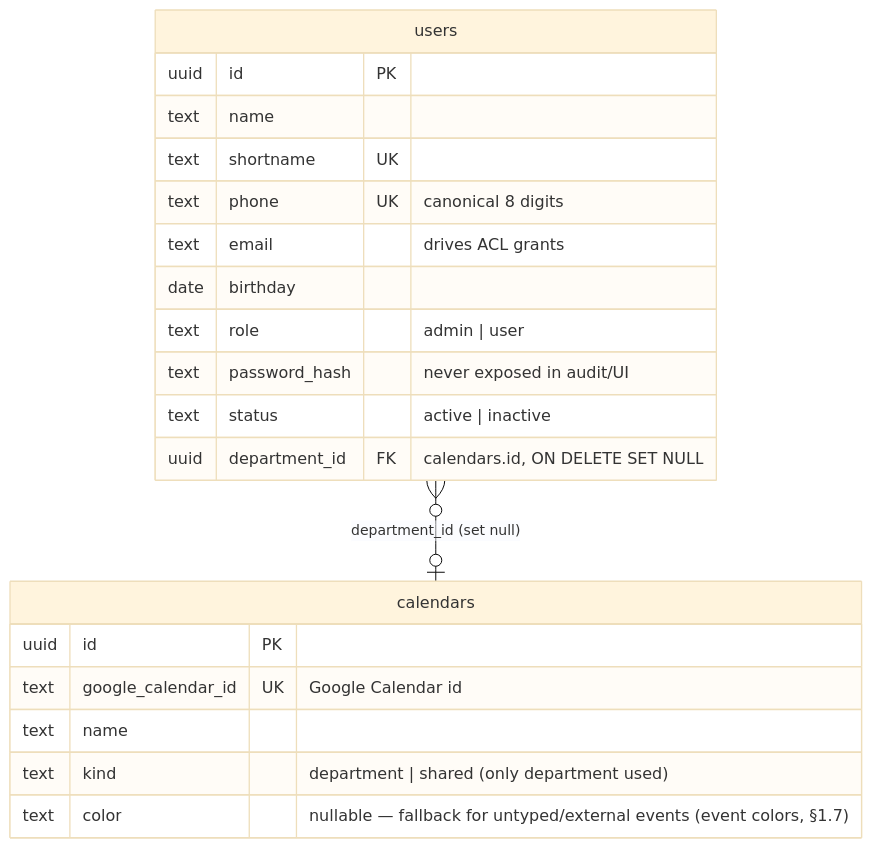
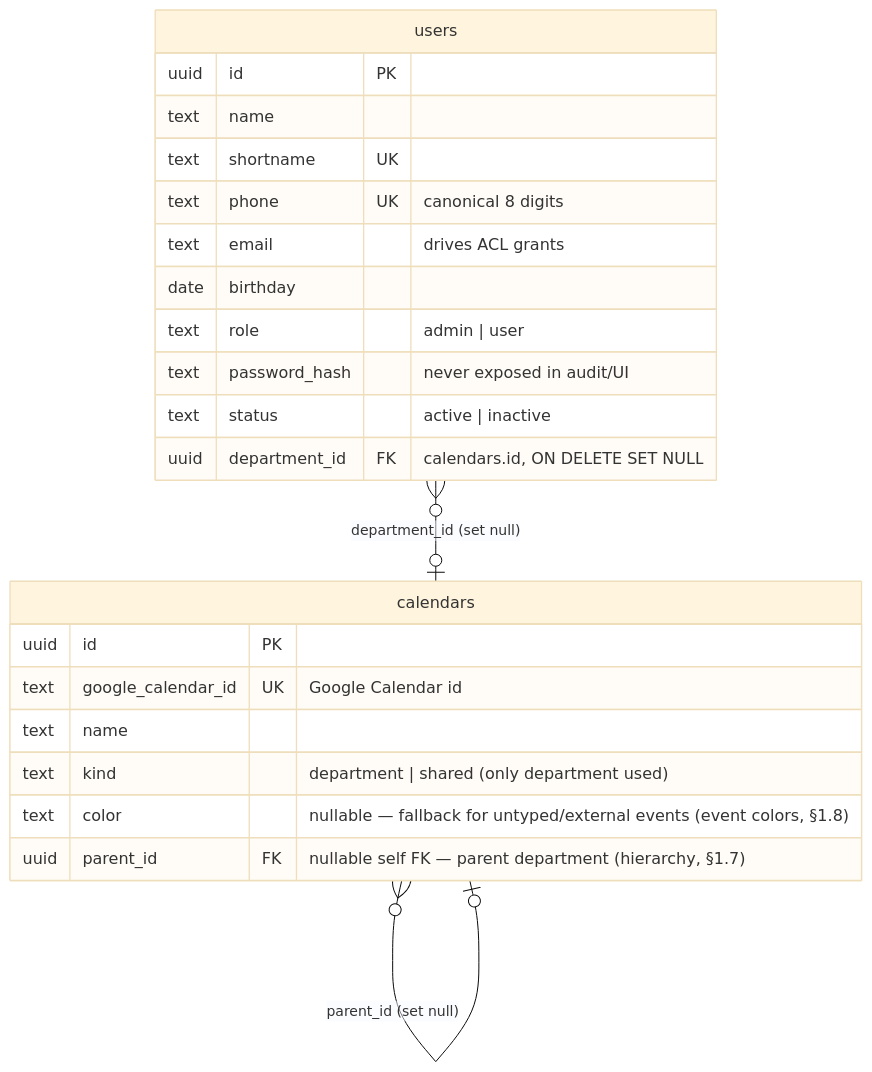
Before and after one commit to oncloudnintynineone-source/cloudy2: the second of 6 diagrams in docs/roster-sharing.md, drawn with Mermaid (base theme). The commit also changed other lines of this file and 21 other files, not shown here.

Commit message:
Allow department hierarchy

````diff
--- a/docs/roster-sharing.md
+++ b/docs/roster-sharing.md
@@ -101,23 +105,25 @@
 ```mermaid
 erDiagram
     calendars {
         uuid id PK
         text google_calendar_id UK "Google Calendar id"
         text name
         text kind "department | shared (only department used)"
-        text color "nullable — fallback for untyped/external events (event colors, §1.7)"
+        text color "nullable — fallback for untyped/external events (event colors, §1.8)"
+        uuid parent_id FK "nullable self FK — parent department (hierarchy, §1.7)"
     }
     users {
         uuid id PK
         text name
         text shortname UK
         text phone UK "canonical 8 digits"
         text email "drives ACL grants"
         date birthday
         text role "admin | user"
         text password_hash "never exposed in audit/UI"
         text status "active | inactive"
         uuid department_id FK "calendars.id, ON DELETE SET NULL"
     }
     users }o--o| calendars : "department_id (set null)"
+    calendars }o--o| calendars : "parent_id (set null)"
 ```
````
